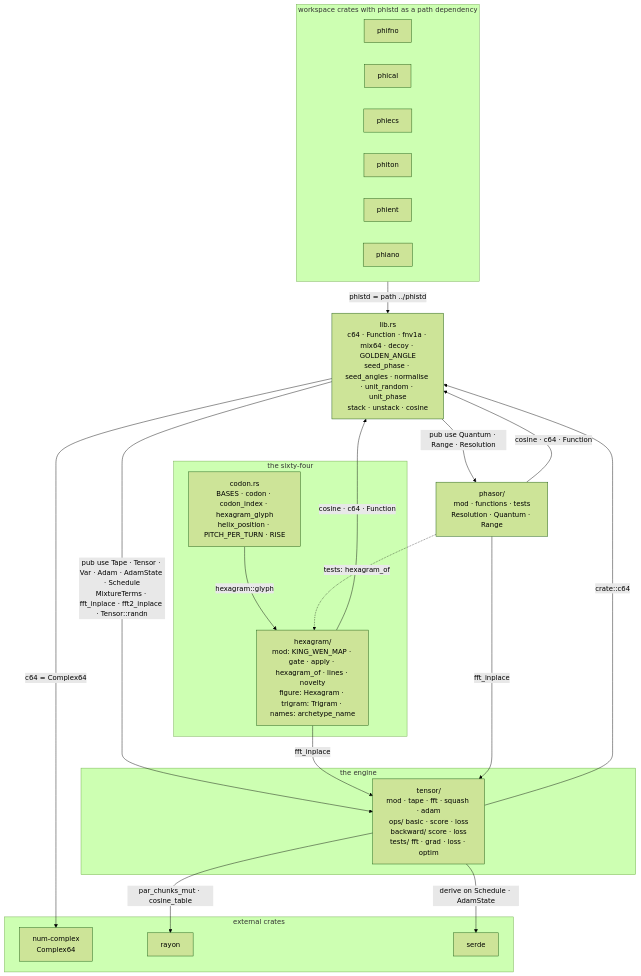
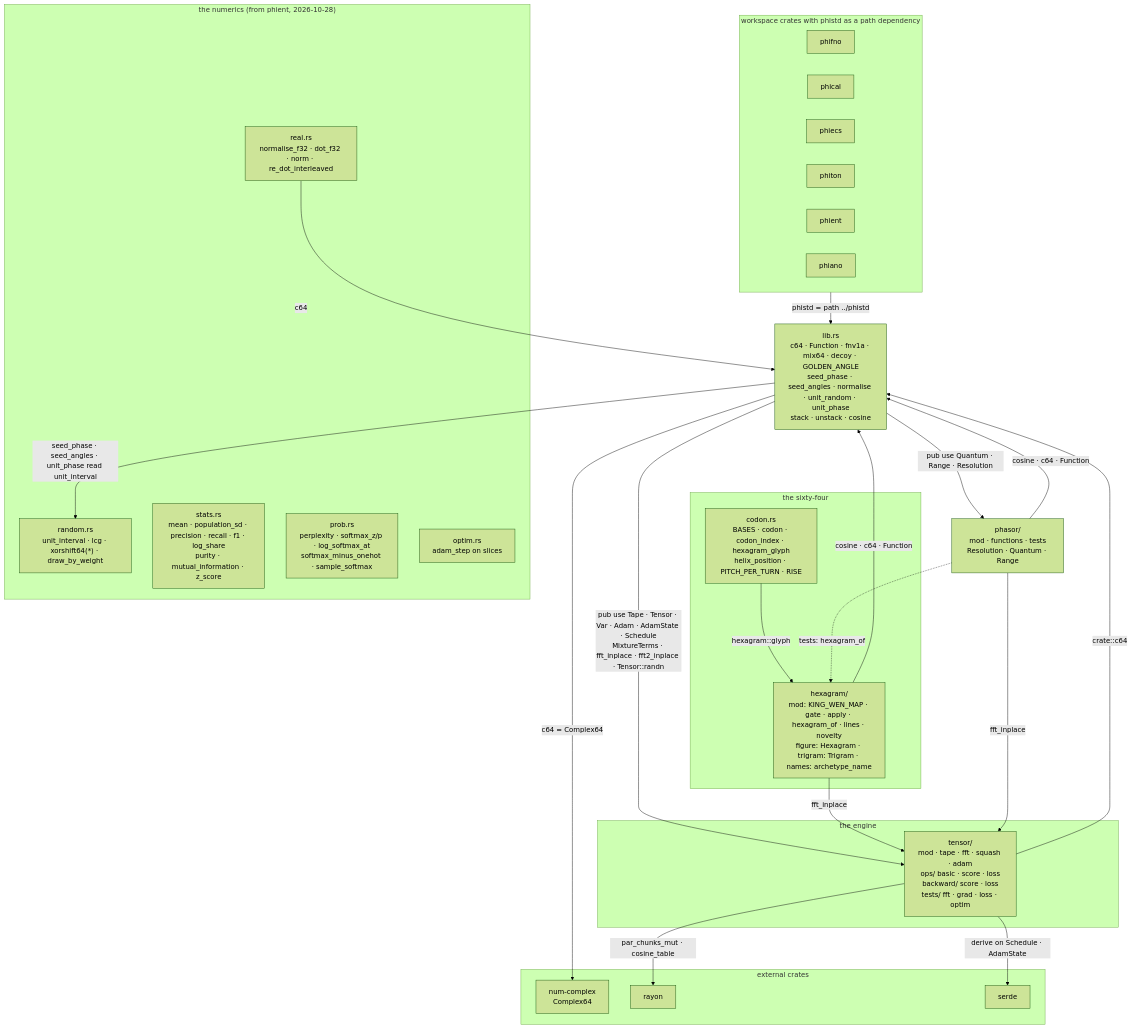
One commit to gemphi/phinet changed the first of 2 diagrams in crates/phistd/ARCHITECTURE.md. Above: the diagram before and after it, drawn with Mermaid (forest theme). The commit also changed other lines of this file and 111 other files, not shown here.

````diff
--- a/crates/phistd/ARCHITECTURE.md
+++ b/crates/phistd/ARCHITECTURE.md
@@ -5,39 +5,48 @@
 ```mermaid
 graph TD
     lib["lib.rs<br/>c64 · Function · fnv1a · mix64 · decoy · GOLDEN_ANGLE<br/>seed_phase · seed_angles · normalise · unit_random · unit_phase<br/>stack · unstack · cosine"]
     subgraph engine["the engine"]
         tensor["tensor/<br/>mod · tape · fft · squash · adam<br/>ops/ basic · score · loss<br/>backward/ score · loss<br/>tests/ fft · grad · loss · optim"]
     end
     subgraph sixtyfour["the sixty-four"]
         hexagram["hexagram/<br/>mod: KING_WEN_MAP · gate · apply · hexagram_of · lines · novelty<br/>figure: Hexagram · trigram: Trigram · names: archetype_name"]
         codon["codon.rs<br/>BASES · codon · codon_index · hexagram_glyph<br/>helix_position · PITCH_PER_TURN · RISE"]
     end
     phasor["phasor/<br/>mod · functions · tests<br/>Resolution · Quantum · Range"]
+    subgraph numerics["the numerics (from phient, 2026-10-28)"]
+        random["random.rs<br/>unit_interval · lcg · xorshift64(*) · draw_by_weight"]
+        stats["stats.rs<br/>mean · population_sd · precision · recall · f1 · log_share<br/>purity · mutual_information · z_score"]
+        prob["prob.rs<br/>perplexity · softmax_z/p · log_softmax_at<br/>softmax_minus_onehot · sample_softmax"]
+        real["real.rs<br/>normalise_f32 · dot_f32 · norm · re_dot_interleaved"]
+        optim["optim.rs<br/>adam_step on slices"]
+    end
     subgraph extern_["external crates"]
         numc["num-complex<br/>Complex64"]
         rayon["rayon"]
         serde["serde"]
     end
     subgraph users["workspace crates with phistd as a path dependency"]
         phifno["phifno"]
         phical["phical"]
         phiecs["phiecs"]
         phiton["phiton"]
         phient["phient"]
         phiano["phiano"]
     end
 
     lib -->|"pub use Tape · Tensor · Var · Adam · AdamState · Schedule<br/>MixtureTerms · fft_inplace · fft2_inplace · Tensor::randn"| tensor
     lib -->|"pub use Quantum · Range · Resolution"| phasor
+    lib -->|"seed_phase · seed_angles · unit_phase read unit_interval"| random
+    real -->|"c64"| lib
     tensor -->|"crate::c64"| lib
     hexagram -->|"fft_inplace"| tensor
     hexagram -->|"cosine · c64 · Function"| lib
     codon -->|"hexagram::glyph"| hexagram
     phasor -->|"fft_inplace"| tensor
     phasor -->|"cosine · c64 · Function"| lib
     phasor -.->|"tests: hexagram_of"| hexagram
     lib -->|"c64 = Complex64"| numc
     tensor -->|"par_chunks_mut · cosine_table"| rayon
     tensor -->|"derive on Schedule · AdamState"| serde
     users -->|"phistd = path ../phistd"| lib
 ```
````
